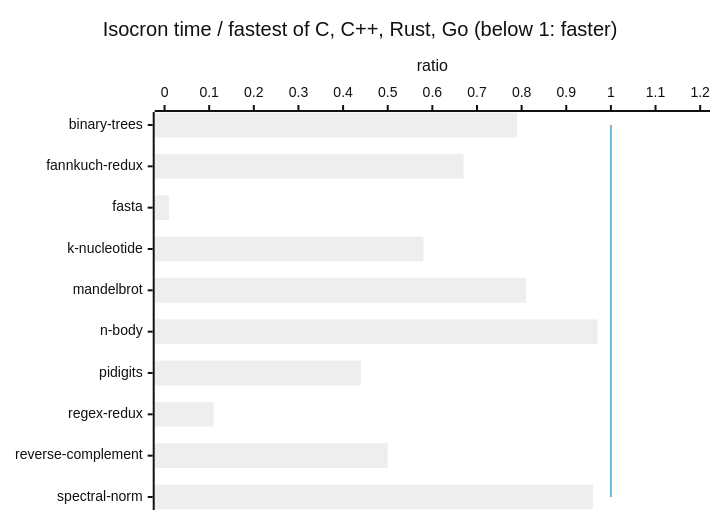
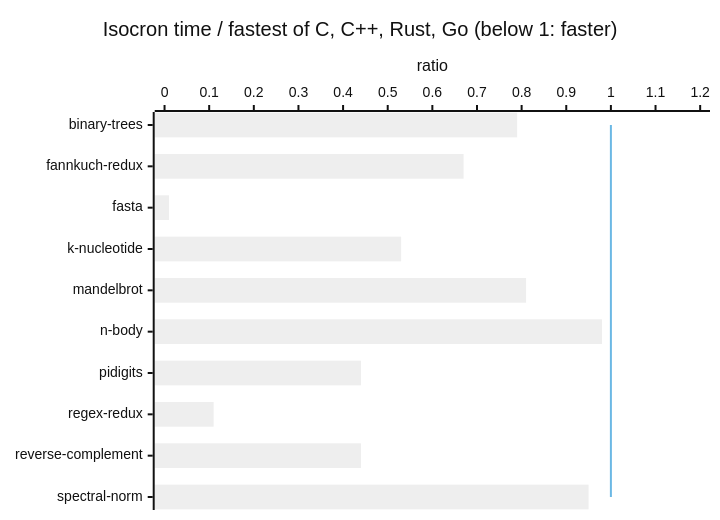
The diagram in results/benchmarks_game.md (jbillard/isocron), drawn with Mermaid (neutral theme) before and after one commit. The commit also changed other lines of this file and 6 other files, not shown here.

````diff
--- a/results/benchmarks_game.md
+++ b/results/benchmarks_game.md
@@ -23,8 +23,8 @@
 ```mermaid
 xychart-beta horizontal
     title "Isocron time / fastest of C, C++, Rust, Go (below 1: faster)"
     x-axis ["binary-trees", "fannkuch-redux", "fasta", "k-nucleotide", "mandelbrot", "n-body", "pidigits", "regex-redux", "reverse-complement", "spectral-norm"]
     y-axis "ratio" 0 --> 1.2
-    bar [0.79, 0.67, 0.01, 0.58, 0.81, 0.97, 0.44, 0.11, 0.50, 0.96]
+    bar [0.79, 0.67, 0.01, 0.53, 0.81, 0.98, 0.44, 0.11, 0.44, 0.95]
     line [1.00, 1.00, 1.00, 1.00, 1.00, 1.00, 1.00, 1.00, 1.00, 1.00]
 ```
````
